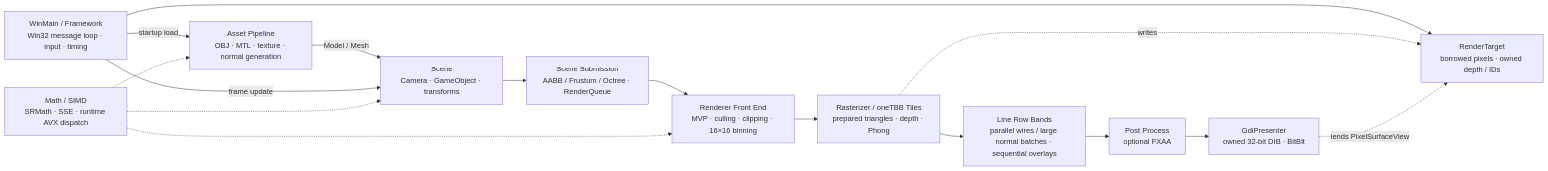
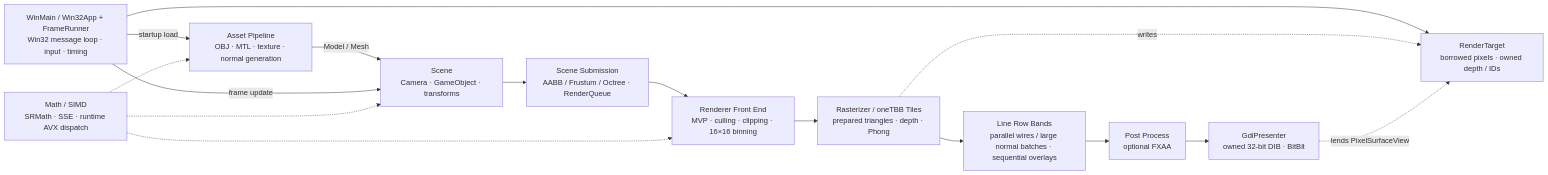
One commit to namsy8471/SoftwareRendererProject changed the diagram in README.en.md. Above: the diagram before and after it, drawn with Mermaid. The commit also changed other lines of this file and 52 other files, not shown here.

First line of the commit message:
Split Framework into Scene, FrameRunner, Win32App and SceneRenderCollector

````diff
--- a/README.en.md
+++ b/README.en.md
@@ -100,25 +100,25 @@
 ```mermaid
 flowchart LR
-    App["WinMain / Framework<br/>Win32 message loop · input · timing"]
+    App["WinMain / Win32App + FrameRunner<br/>Win32 message loop · input · timing"]
     Assets["Asset Pipeline<br/>OBJ · MTL · texture · normal generation"]
     Scene["Scene<br/>Camera · GameObject · transforms"]
     Submit["Scene Submission<br/>AABB / Frustum / Octree · RenderQueue"]
     Frontend["Renderer Front End<br/>MVP · culling · clipping · 16×16 binning"]
     Tiles["Rasterizer / oneTBB Tiles<br/>prepared triangles · depth · Phong"]
     Lines["Line Row Bands<br/>parallel wires / large normal batches · sequential overlays"]
     Post["Post Process<br/>optional FXAA"]
     Target["RenderTarget<br/>borrowed pixels · owned depth / IDs"]
     Present["GdiPresenter<br/>owned 32-bit DIB · BitBlt"]
     Math["Math / SIMD<br/>SRMath · SSE · runtime AVX dispatch"]
 
     App -->|startup load| Assets
     Assets -->|Model / Mesh| Scene
     App -->|frame update| Scene
     Scene --> Submit --> Frontend --> Tiles --> Lines --> Post --> Present
     App --> Target
     Tiles -. writes .-> Target
     Present -. lends PixelSurfaceView .-> Target
     Math -.-> Assets
     Math -.-> Scene
     Math -.-> Frontend
 ```
````
